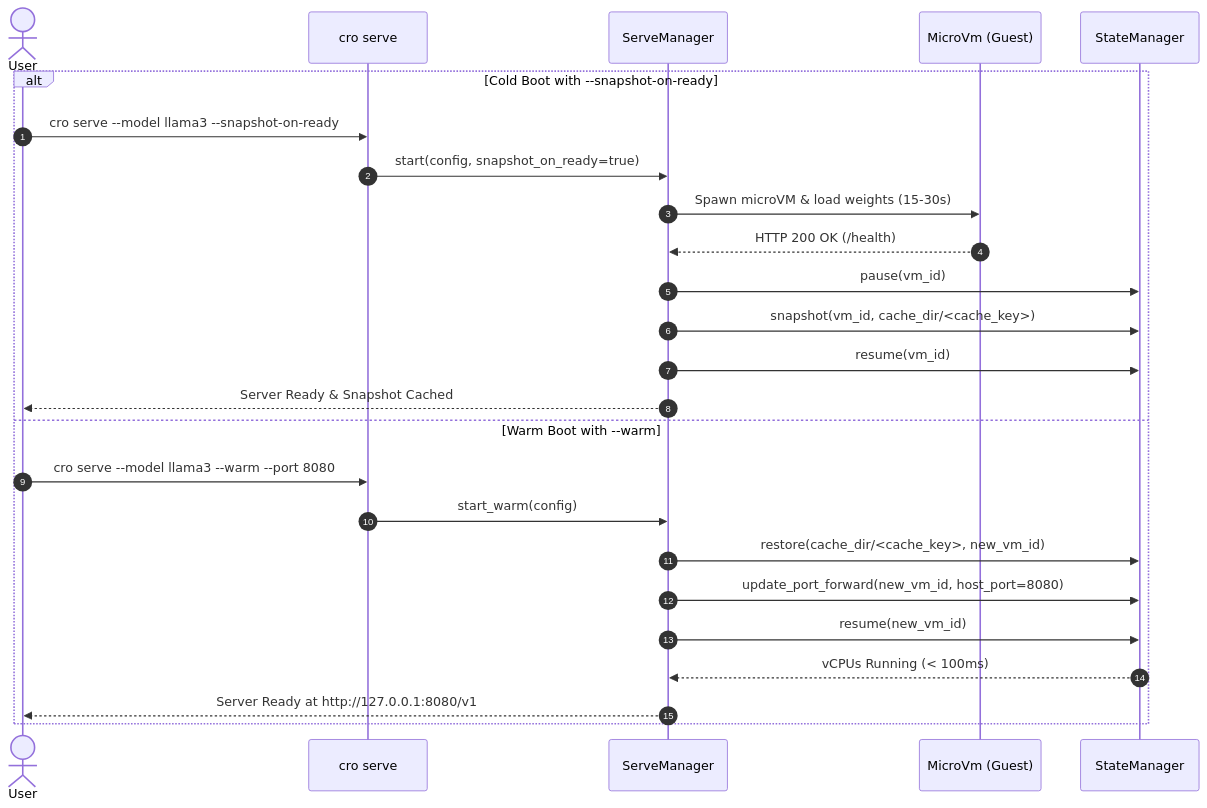
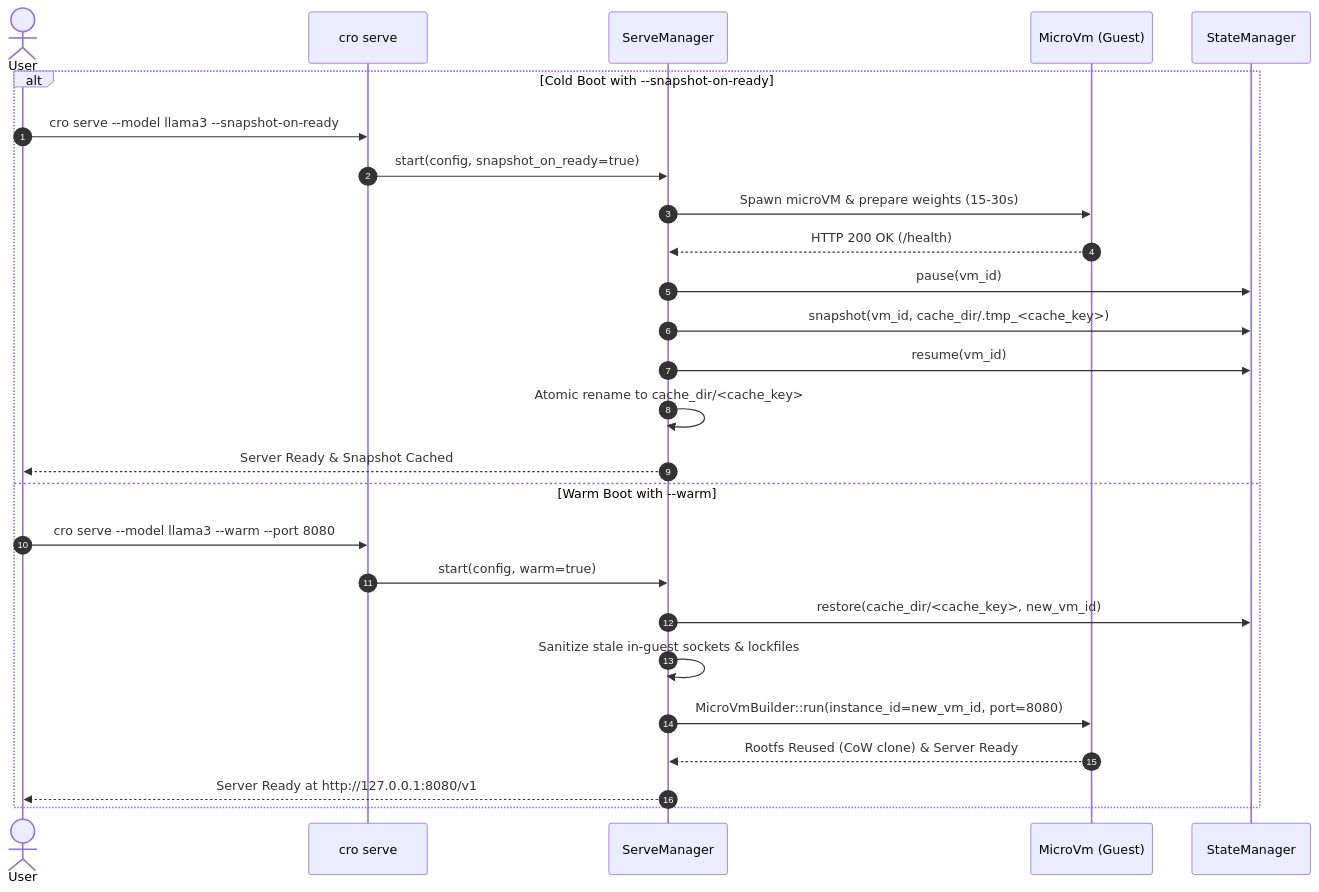
One commit to CroSandbox/cro changed the diagram in docs/superpowers/specs/2026-11-04-serve-warm-start-snapshots-design.md. Above: the diagram before and after it, drawn with Mermaid. The commit also changed other lines of this file and 17 other files, not shown here.

First line of the commit message:
feat(serve): implement instant warm-start snapshots and bootstrap EGM contracts

````diff
--- a/docs/superpowers/specs/2026-11-04-serve-warm-start-snapshots-design.md
+++ b/docs/superpowers/specs/2026-11-04-serve-warm-start-snapshots-design.md
@@ -58,28 +58,29 @@
 ```mermaid
 sequenceDiagram
     autonumber
     actor User
     participant CLI as cro serve
     participant SM as ServeManager
     participant VM as MicroVm (Guest)
     participant State as StateManager
 
     alt Cold Boot with --snapshot-on-ready
         User->>CLI: cro serve --model llama3 --snapshot-on-ready
         CLI->>SM: start(config, snapshot_on_ready=true)
-        SM->>VM: Spawn microVM & load weights (15-30s)
+        SM->>VM: Spawn microVM & prepare weights (15-30s)
         VM-->>SM: HTTP 200 OK (/health)
         SM->>State: pause(vm_id)
-        SM->>State: snapshot(vm_id, cache_dir/<cache_key>)
+        SM->>State: snapshot(vm_id, cache_dir/.tmp_<cache_key>)
         SM->>State: resume(vm_id)
+        SM->>SM: Atomic rename to cache_dir/<cache_key>
         SM-->>User: Server Ready & Snapshot Cached
     else Warm Boot with --warm
         User->>CLI: cro serve --model llama3 --warm --port 8080
-        CLI->>SM: start_warm(config)
+        CLI->>SM: start(config, warm=true)
         SM->>State: restore(cache_dir/<cache_key>, new_vm_id)
-        SM->>State: update_port_forward(new_vm_id, host_port=8080)
-        SM->>State: resume(new_vm_id)
-        State-->>SM: vCPUs Running (< 100ms)
+        SM->>SM: Sanitize stale in-guest sockets & lockfiles
+        SM->>VM: MicroVmBuilder::run(instance_id=new_vm_id, port=8080)
+        VM-->>SM: Rootfs Reused (CoW clone) & Server Ready
         SM-->>User: Server Ready at http://127.0.0.1:8080/v1
     end
 ```
````
